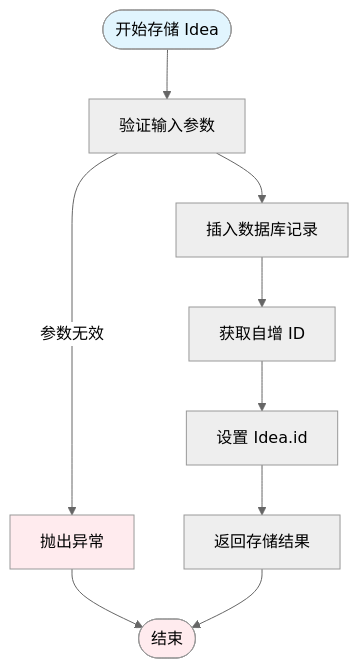
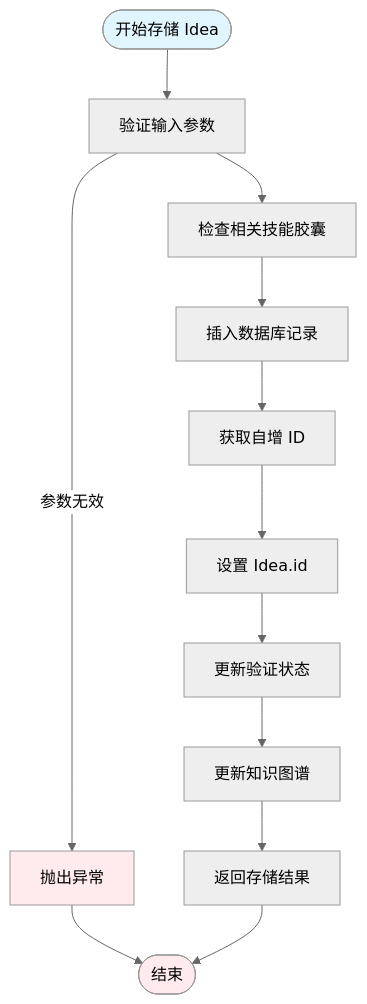
One commit to pinsonchen/vivify changed the fifth of 6 diagrams in .qoder/repowiki/zh/content/技术实现参考/Idea 模型系统.md. Above: the diagram before and after it, drawn with Mermaid (neutral theme). The commit also changed other lines of this file and 22 other files, not shown here.

````diff
--- a/.qoder/repowiki/zh/content/技术实现参考/Idea 模型系统.md
+++ b/.qoder/repowiki/zh/content/技术实现参考/Idea 模型系统.md
@@ -205,14 +299,17 @@
 ```mermaid
 flowchart TD
 Start([开始存储 Idea]) --> Validate["验证输入参数"]
-Validate --> Insert["插入数据库记录"]
+Validate --> CheckCapsules["检查相关技能胶囊"]
+CheckCapsules --> Insert["插入数据库记录"]
 Insert --> GetId["获取自增 ID"]
 GetId --> SetId["设置 Idea.id"]
-SetId --> Return["返回存储结果"]
+SetId --> UpdateVerifier["更新验证状态"]
+UpdateVerifier --> UpdateKnowledge["更新知识图谱"]
+UpdateKnowledge --> Return["返回存储结果"]
 Validate --> |参数无效| Error["抛出异常"]
 Error --> End([结束])
 Return --> End
 style Start fill:#e1f5fe
 style End fill:#ffebee
 style Error fill:#ffebee
 ```
````
